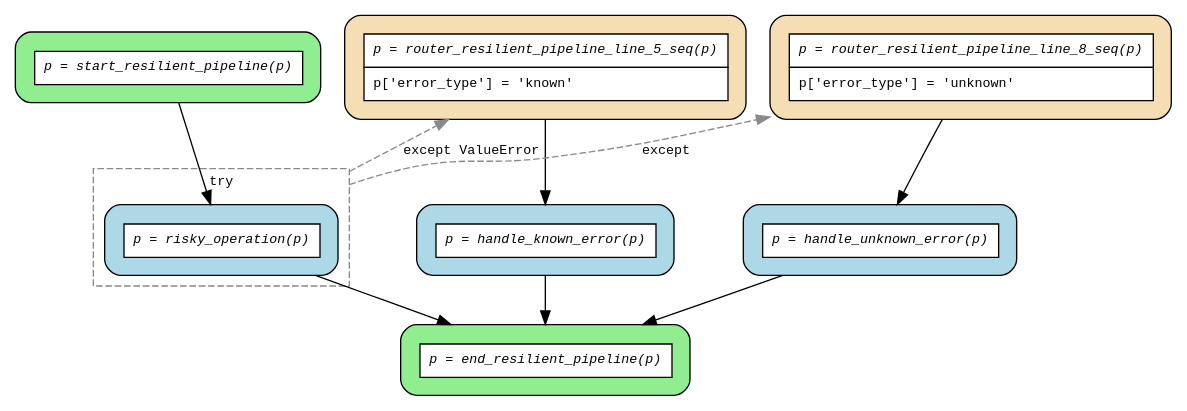
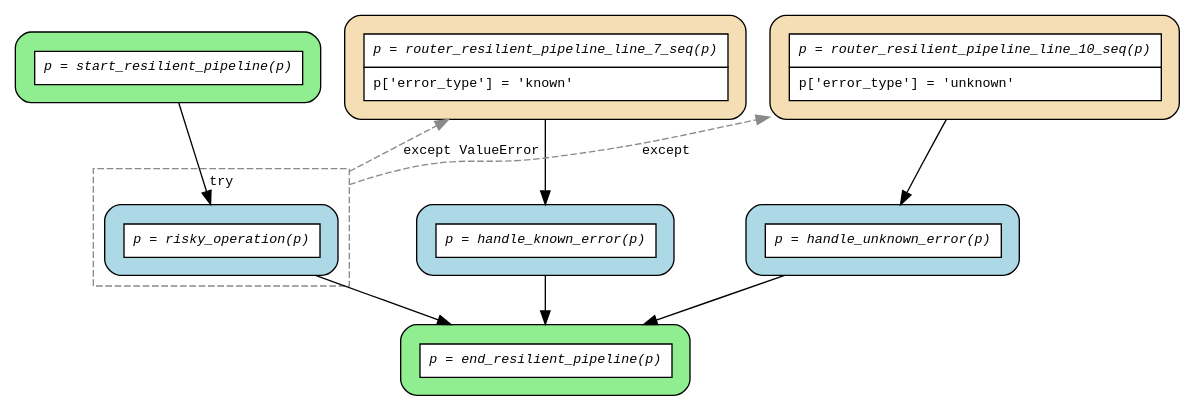
The diagram in examples/flows/compiled/try_except_catch_all/flow.dot (deliveryhero/asya), drawn with Graphviz before and after one commit. The commit also changed 252 other files, not shown here.

First line of the commit message:
fix(flow): add @flow decorator requirement to flow entry points

```diff
--- a/examples/flows/compiled/try_except_catch_all/flow.dot
+++ b/examples/flows/compiled/try_except_catch_all/flow.dot
@@ -1,31 +1,31 @@
 digraph flow {
   rankdir=TB;
   compound=true;
   graph [fontname="Courier", fontsize=10];
   node [fontname="Courier", fontsize=10, shape=box, style="filled,rounded", margin="0.2"];
   edge [fontname="Courier", fontsize=10];
 
   start_resilient_pipeline [fillcolor="lightgreen", group="main", label=<<table border="0" cellspacing="0" cellpadding="6" cellborder="1"><tr><td bgcolor="white" align="center"><i>p = start_resilient_pipeline(p)</i></td></tr></table>>];
-  router_resilient_pipeline_line_5_seq [fillcolor="wheat", group="main", label=<<table border="0" cellspacing="0" cellpadding="6" cellborder="1"><tr><td bgcolor="white" align="center"><i>p = router_resilient_pipeline_line_5_seq(p)</i></td></tr><tr><td bgcolor="white" align="left">p['error_type'] = 'known'</td></tr></table>>];
-  router_resilient_pipeline_line_8_seq [fillcolor="wheat", group="main", label=<<table border="0" cellspacing="0" cellpadding="6" cellborder="1"><tr><td bgcolor="white" align="center"><i>p = router_resilient_pipeline_line_8_seq(p)</i></td></tr><tr><td bgcolor="white" align="left">p['error_type'] = 'unknown'</td></tr></table>>];
+  router_resilient_pipeline_line_7_seq [fillcolor="wheat", group="main", label=<<table border="0" cellspacing="0" cellpadding="6" cellborder="1"><tr><td bgcolor="white" align="center"><i>p = router_resilient_pipeline_line_7_seq(p)</i></td></tr><tr><td bgcolor="white" align="left">p['error_type'] = 'known'</td></tr></table>>];
+  router_resilient_pipeline_line_10_seq [fillcolor="wheat", group="main", label=<<table border="0" cellspacing="0" cellpadding="6" cellborder="1"><tr><td bgcolor="white" align="center"><i>p = router_resilient_pipeline_line_10_seq(p)</i></td></tr><tr><td bgcolor="white" align="left">p['error_type'] = 'unknown'</td></tr></table>>];
   end_resilient_pipeline [fillcolor="lightgreen", group="main", label=<<table border="0" cellspacing="0" cellpadding="6" cellborder="1"><tr><td bgcolor="white" align="center"><i>p = end_resilient_pipeline(p)</i></td></tr></table>>];
   handle_known_error [fillcolor="lightblue", label=<<table border="0" cellspacing="0" cellpadding="6" cellborder="1"><tr><td bgcolor="white" align="center"><i>p = handle_known_error(p)</i></td></tr></table>>];
   handle_unknown_error [fillcolor="lightblue", label=<<table border="0" cellspacing="0" cellpadding="6" cellborder="1"><tr><td bgcolor="white" align="center"><i>p = handle_unknown_error(p)</i></td></tr></table>>];
   subgraph cluster_try_0 {
     style=dashed;
     color="snow4";
     fontname="Courier";
     fontsize=10;
     label="try";
     risky_operation [fillcolor="lightblue", label=<<table border="0" cellspacing="0" cellpadding="6" cellborder="1"><tr><td bgcolor="white" align="center"><i>p = risky_operation(p)</i></td></tr></table>>];
   }
 
   handle_known_error -> end_resilient_pipeline;
   handle_unknown_error -> end_resilient_pipeline;
   risky_operation -> end_resilient_pipeline;
-  risky_operation -> router_resilient_pipeline_line_5_seq [ltail=cluster_try_0, color=snow4, style=dashed, label="except ValueError", constraint=false];
-  risky_operation -> router_resilient_pipeline_line_8_seq [ltail=cluster_try_0, color=snow4, style=dashed, label="except", constraint=false];
-  router_resilient_pipeline_line_5_seq -> handle_known_error;
-  router_resilient_pipeline_line_8_seq -> handle_unknown_error;
+  risky_operation -> router_resilient_pipeline_line_10_seq [ltail=cluster_try_0, color=snow4, style=dashed, label="except", constraint=false];
+  risky_operation -> router_resilient_pipeline_line_7_seq [ltail=cluster_try_0, color=snow4, style=dashed, label="except ValueError", constraint=false];
+  router_resilient_pipeline_line_10_seq -> handle_unknown_error;
+  router_resilient_pipeline_line_7_seq -> handle_known_error;
   start_resilient_pipeline -> risky_operation;
 }
```
